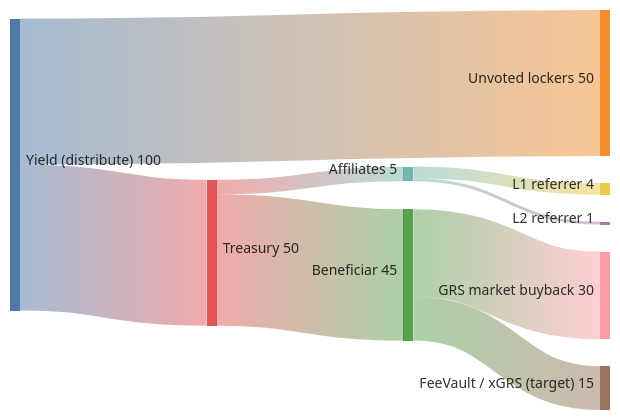
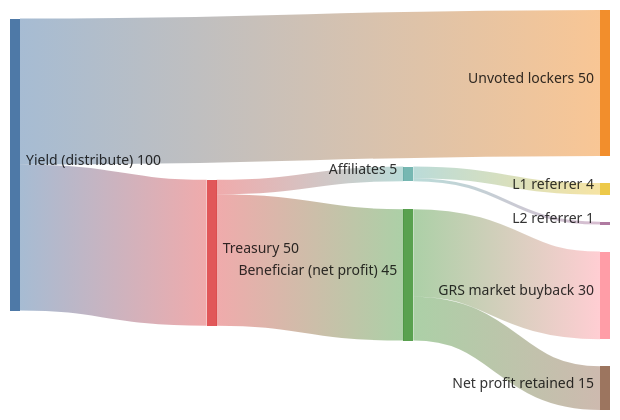
One commit to grindurus/grindurus-docs changed the diagram in general/overview/introduction.md. Above: the diagram before and after it, drawn with Mermaid. The commit also changed other lines of this file, not shown here.

Commit message:
Clarify terminology in introduction.md regarding the beneficiar cut and net profit. Updated references to ensure consistency in the documentation, emphasizing the intended use of the remainder for buybacks and net profit retention.

````diff
--- a/general/overview/introduction.md
+++ b/general/overview/introduction.md
@@ -124,18 +124,18 @@
 ```mermaid
 ---
 config:
   sankey:
     showValues: true
     linkColor: gradient
 ---
 sankey-beta
 
 Yield (distribute),Unvoted lockers,50
 Yield (distribute),Treasury,50
 Treasury,Affiliates,5
-Treasury,Beneficiar,45
+Treasury,Beneficiar (net profit),45
 Affiliates,L1 referrer,4
 Affiliates,L2 referrer,1
-Beneficiar,GRS market buyback,30
-Beneficiar,FeeVault / xGRS (target),15
+Beneficiar (net profit),GRS market buyback,30
+Beneficiar (net profit),Net profit retained,15
 ```
````
